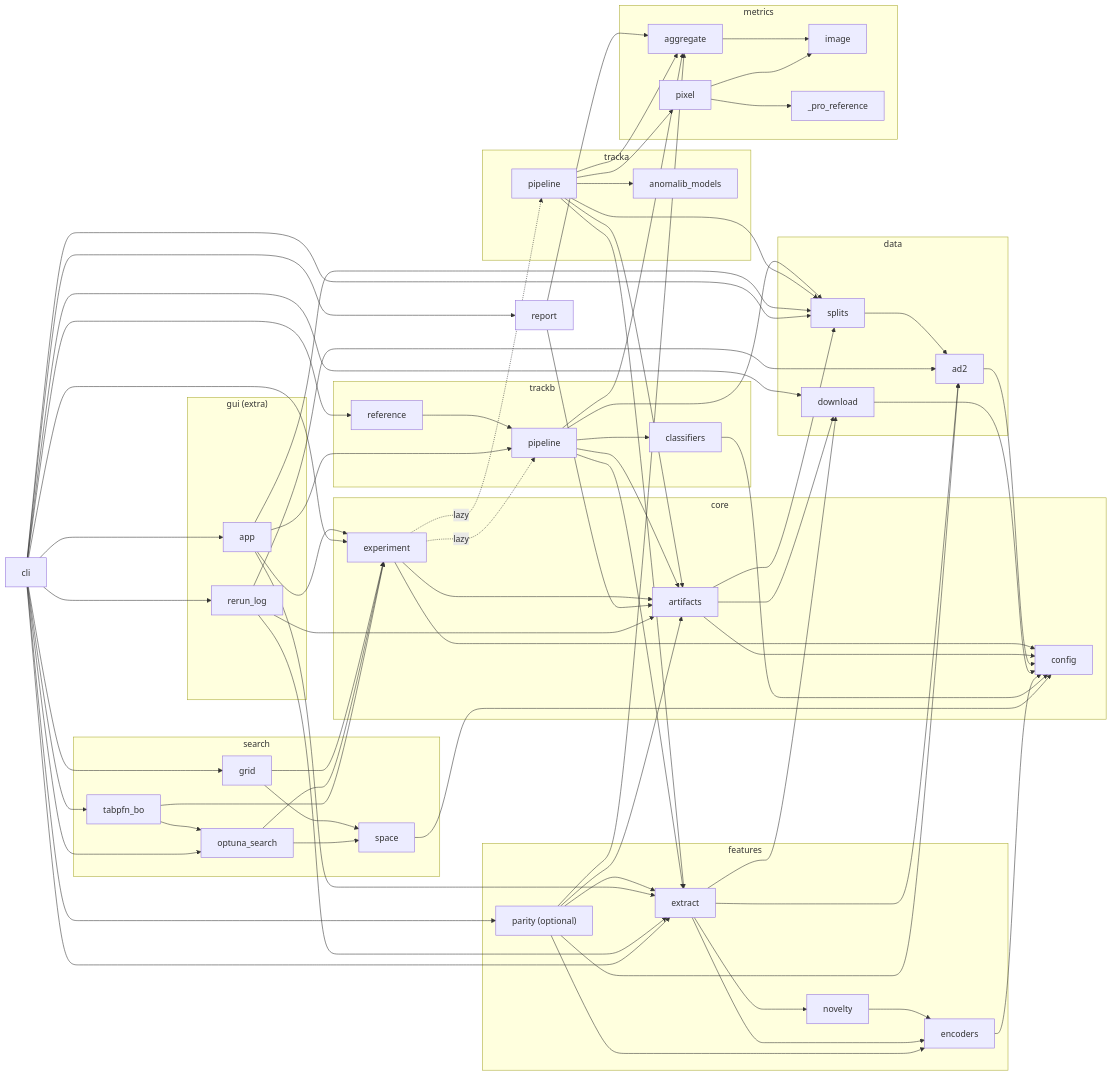
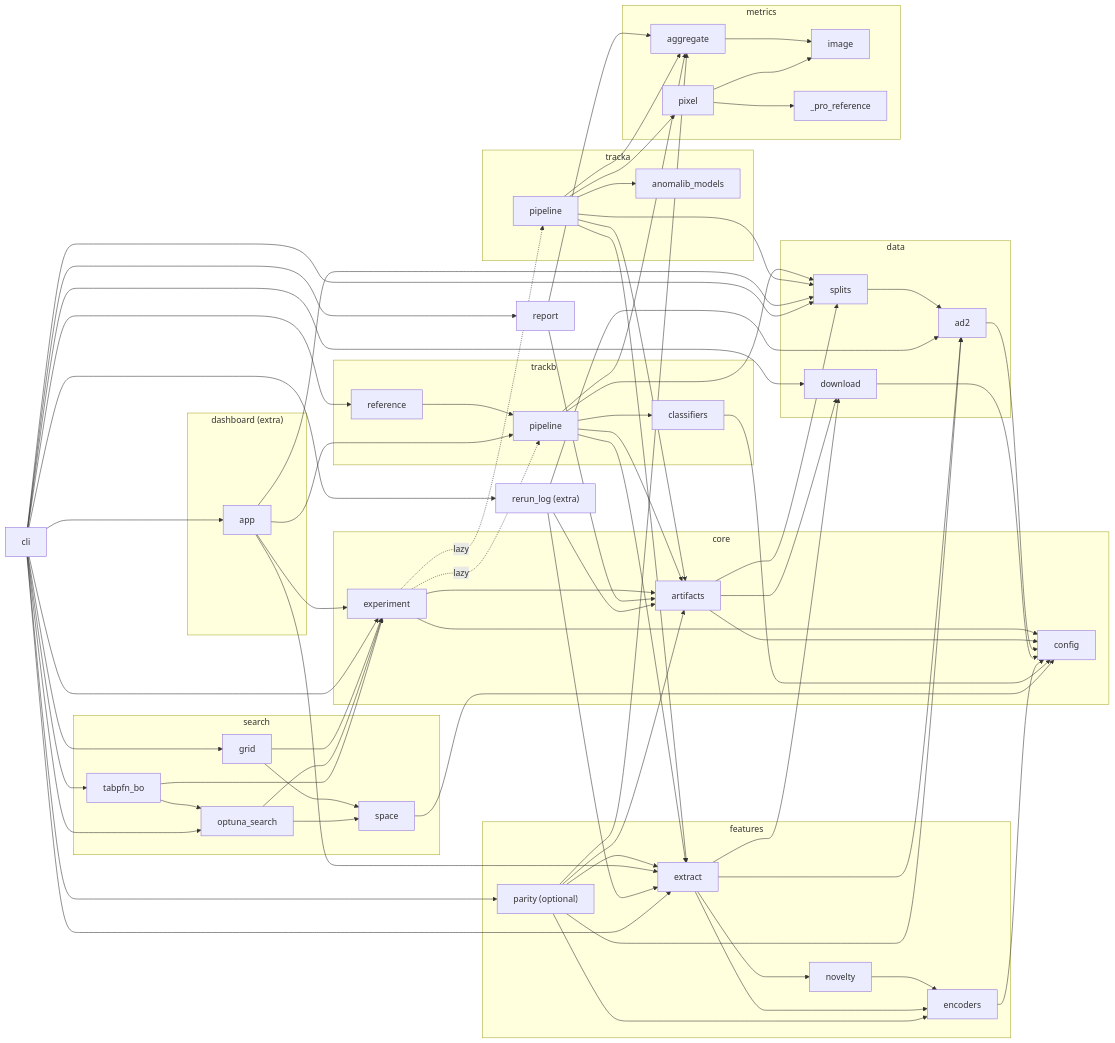
Before and after one commit to husmen/anometa: the fourth of 4 diagrams in docs/architecture.md, drawn with Mermaid. The commit also changed other lines of this file and 21 other files, not shown here.

First line of the commit message:
refactor: rename the gui extra and package to dashboard

````diff
--- a/docs/architecture.md
+++ b/docs/architecture.md
@@ -260,70 +260,70 @@
 ```mermaid
 flowchart LR
     cli["cli"]
     report["report"]
     subgraph core["core"]
         config["config"]
         artifacts["artifacts"]
         experiment["experiment"]
     end
     subgraph datapkg["data"]
         ad2["ad2"]
         download["download"]
         splits["splits"]
     end
     subgraph featpkg["features"]
         encoders["encoders"]
         novelty["novelty"]
         extract["extract"]
         parity["parity (optional)"]
     end
     subgraph metricspkg["metrics"]
         image["image"]
         aggregate["aggregate"]
         pixel["pixel"]
         proref["_pro_reference"]
     end
     subgraph trackbpkg["trackb"]
         classifiers["classifiers"]
         tbpipe["pipeline"]
         reference["reference"]
     end
     subgraph trackapkg["tracka"]
         anomalib_models["anomalib_models"]
         tapipe["pipeline"]
     end
     subgraph searchpkg["search"]
         space["space"]
         grid["grid"]
         optuna_search["optuna_search"]
         tabpfn_bo["tabpfn_bo"]
     end
-    subgraph guipkg["gui (extra)"]
+    subgraph dashpkg["dashboard (extra)"]
         app["app"]
-        rerun_log["rerun_log"]
     end
+    rerun_log["rerun_log (extra)"]
     experiment --> config & artifacts
     experiment -.->|"lazy"| tbpipe & tapipe
     artifacts --> config & splits & download
     ad2 --> config
     download --> config
     splits --> ad2
     encoders --> config
     novelty --> encoders
     extract --> ad2 & encoders & novelty & download
     parity --> encoders & extract & ad2 & aggregate & artifacts
     aggregate --> image
     pixel --> image & proref
     classifiers --> config
     tbpipe --> extract & splits & classifiers & aggregate & artifacts
     reference --> tbpipe
     tapipe --> anomalib_models & extract & splits & pixel & aggregate & artifacts
     space --> config
     grid --> space & experiment
     optuna_search --> space & experiment
     tabpfn_bo --> optuna_search & experiment
     report --> aggregate & artifacts
     app --> tbpipe & extract & splits & experiment
     rerun_log --> extract & ad2 & artifacts
     cli --> experiment & download & splits & extract & grid & optuna_search & tabpfn_bo & report & reference & app & rerun_log & parity
 ```
````
